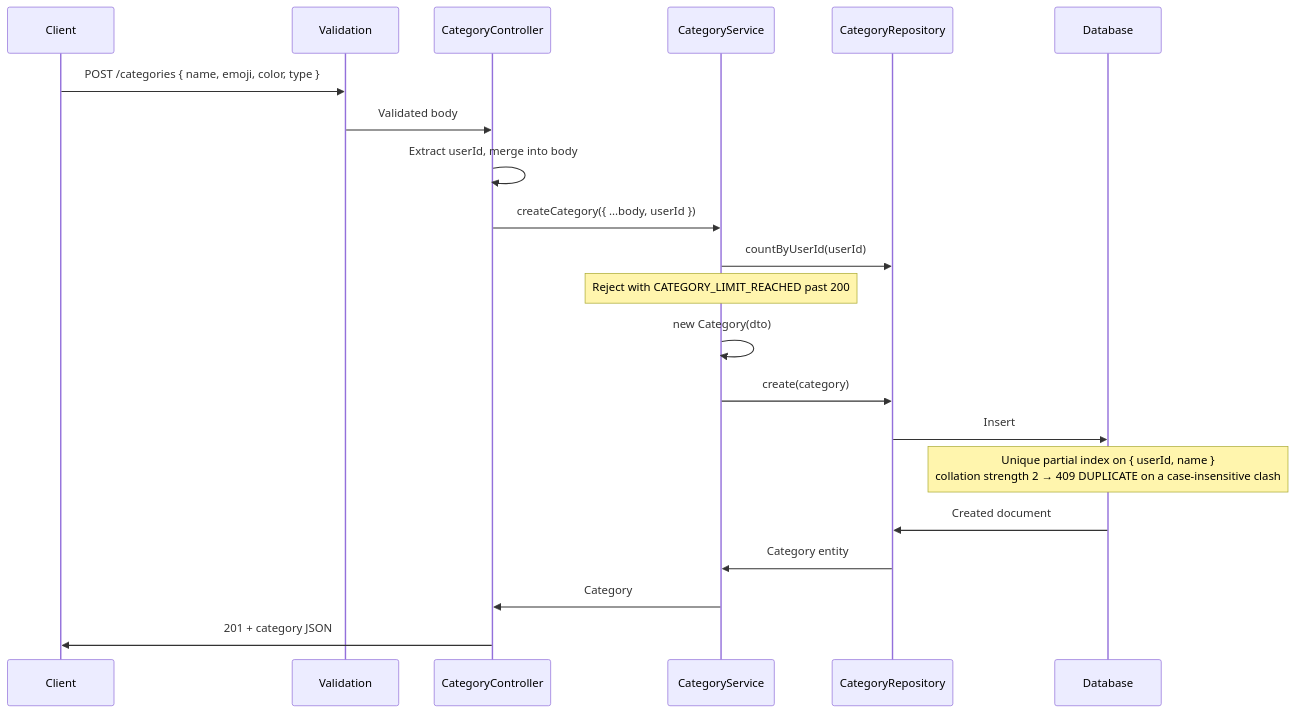
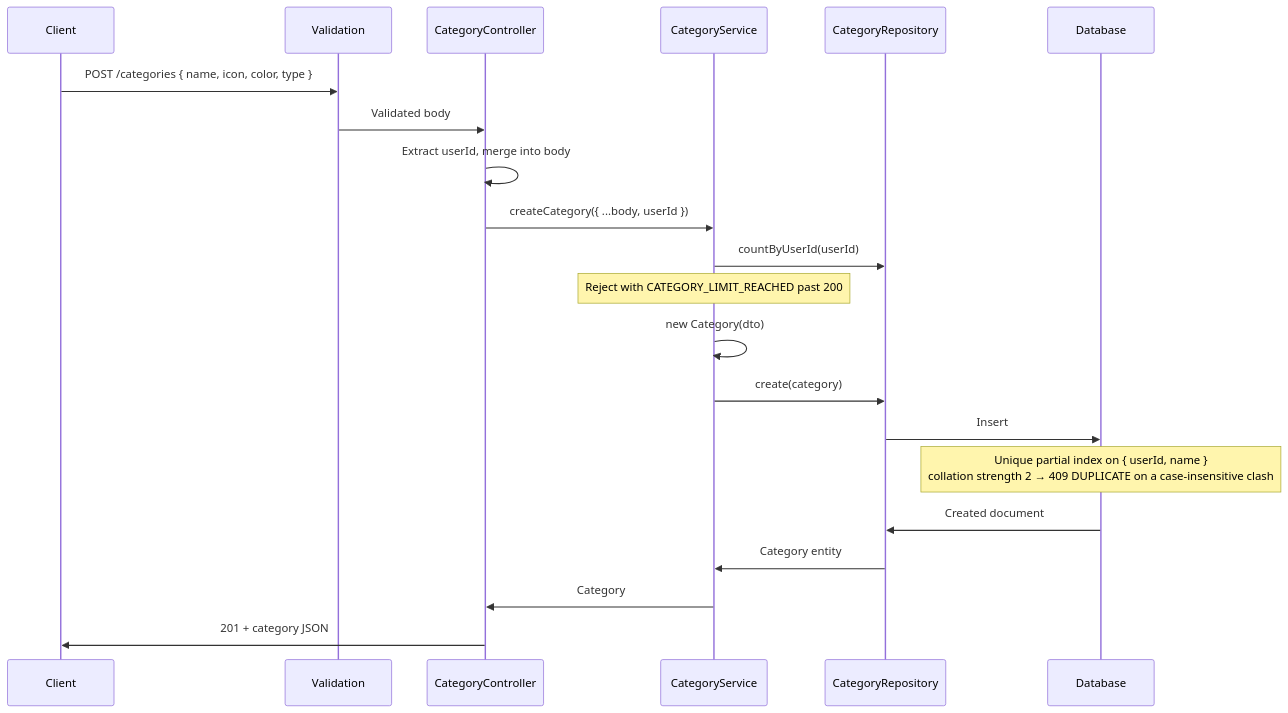
Before and after one commit to alex16jpv/lag-money-manager: the first of 2 diagrams in docs/modules/categories.md, drawn with Mermaid. The commit also changed other lines of this file and 32 other files, not shown here.

````diff
--- a/docs/modules/categories.md
+++ b/docs/modules/categories.md
@@ -74,24 +75,24 @@
 ```mermaid
 sequenceDiagram
     participant C as Client
     participant VAL as Validation
     participant CTRL as CategoryController
     participant SVC as CategoryService
     participant REPO as CategoryRepository
     participant DB as Database
 
-    C->>VAL: POST /categories { name, emoji, color, type }
+    C->>VAL: POST /categories { name, icon, color, type }
     VAL->>CTRL: Validated body
     CTRL->>CTRL: Extract userId, merge into body
     CTRL->>SVC: createCategory({ ...body, userId })
     SVC->>REPO: countByUserId(userId)
     Note over SVC: Reject with CATEGORY_LIMIT_REACHED past 200
     SVC->>SVC: new Category(dto)
     SVC->>REPO: create(category)
     REPO->>DB: Insert
     Note over DB: Unique partial index on { userId, name }<br/>collation strength 2 → 409 DUPLICATE on a case-insensitive clash
     DB->>REPO: Created document
     REPO->>SVC: Category entity
     SVC->>CTRL: Category
     CTRL->>C: 201 + category JSON
 ```
````
